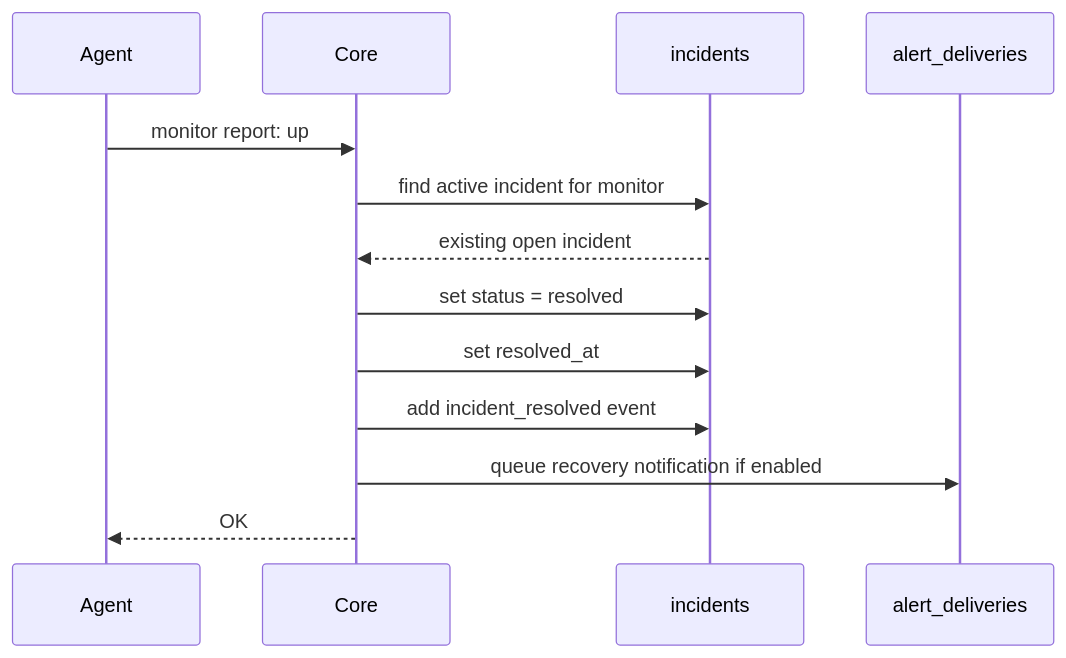
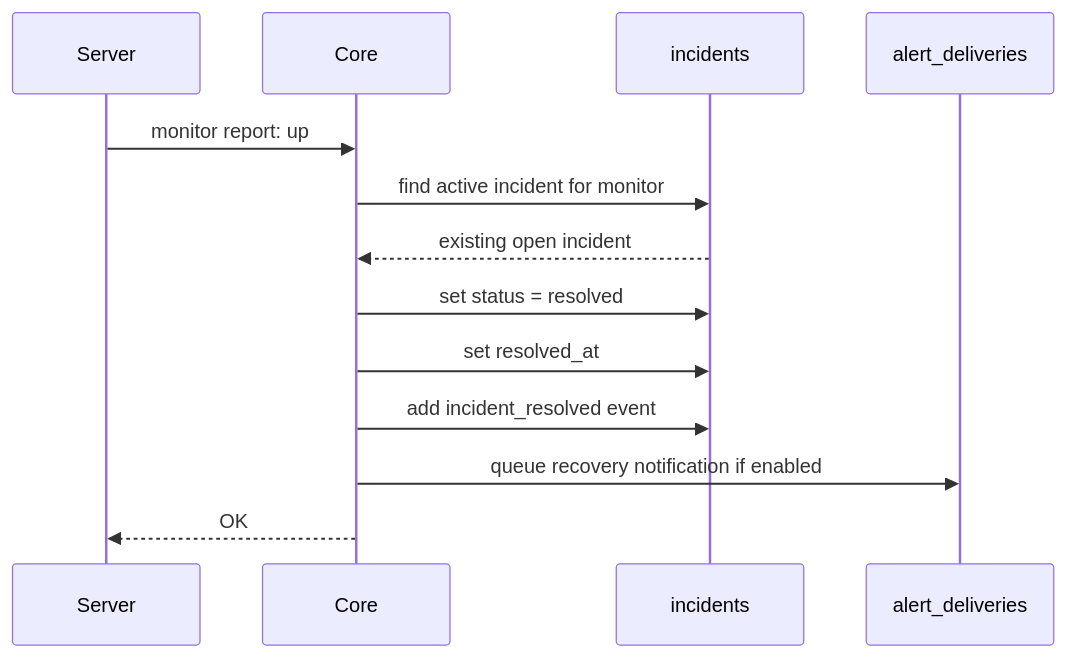
Before and after one commit to sunday-studio/orion: the seventh of 9 diagrams in docs/architecture/incident-reconciliation-flow.md, drawn with Mermaid. The commit also changed other lines of this file and 223 other files, not shown here.

````diff
--- a/docs/architecture/incident-reconciliation-flow.md
+++ b/docs/architecture/incident-reconciliation-flow.md
@@ -133,16 +133,16 @@
 ```mermaid
 sequenceDiagram
-  participant Agent
+  participant Server
   participant Core
   participant Incidents as incidents
   participant Alerts as alert_deliveries
 
-  Agent->>Core: monitor report: up
+  Server->>Core: monitor report: up
   Core->>Incidents: find active incident for monitor
   Incidents-->>Core: existing open incident
   Core->>Incidents: set status = resolved
   Core->>Incidents: set resolved_at
   Core->>Incidents: add incident_resolved event
   Core->>Alerts: queue recovery notification if enabled
-  Core-->>Agent: OK
+  Core-->>Server: OK
 ```
````
